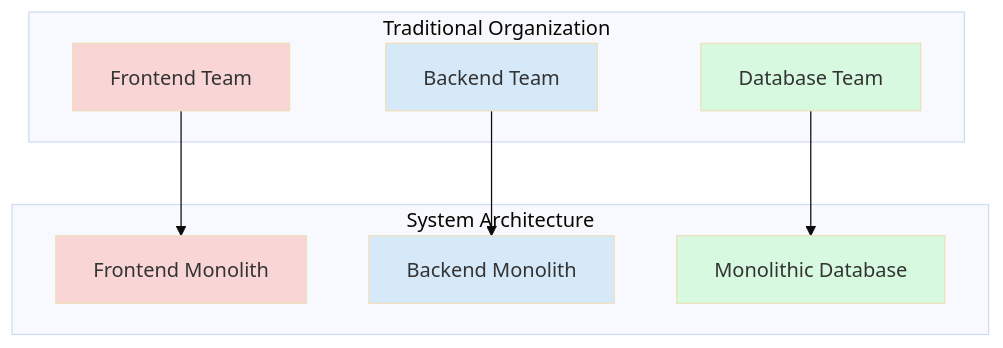
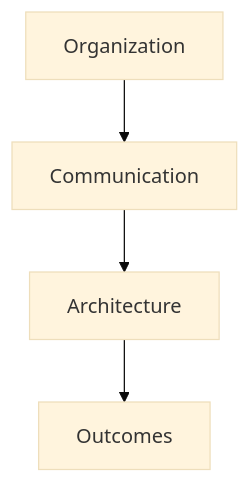
Before and after one commit to carlsendk/tech-leadership: the first of 2 diagrams in src/content/wiki/organization/team-structure/conways-law.md, drawn with Mermaid (base theme). The commit also changed 16 other files, not shown here.

````diff
--- a/src/content/wiki/organization/team-structure/conways-law.md
+++ b/src/content/wiki/organization/team-structure/conways-law.md
@@ -21,25 +21,6 @@
 ```mermaid
 graph TD
-    subgraph "Traditional Organization"
-        A[Frontend Team]
-        B[Backend Team]
-        C[Database Team]
-    end
-    
-    subgraph "System Architecture"
-        D[Frontend Monolith]
-        E[Backend Monolith]
-        F[Monolithic Database]
-    end
-    
-    A --> D
-    B --> E
-    C --> F
-    
-    style A fill:#f9d6d5
-    style B fill:#d6e9f9
-    style C fill:#d6f9e0
-    style D fill:#f9d6d5
-    style E fill:#d6e9f9
-    style F fill:#d6f9e0
+    A[Organization] --> B[Communication]
+    B --> C[Architecture]
+    C --> D[Outcomes]
 ```
````
